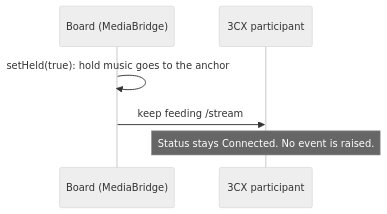
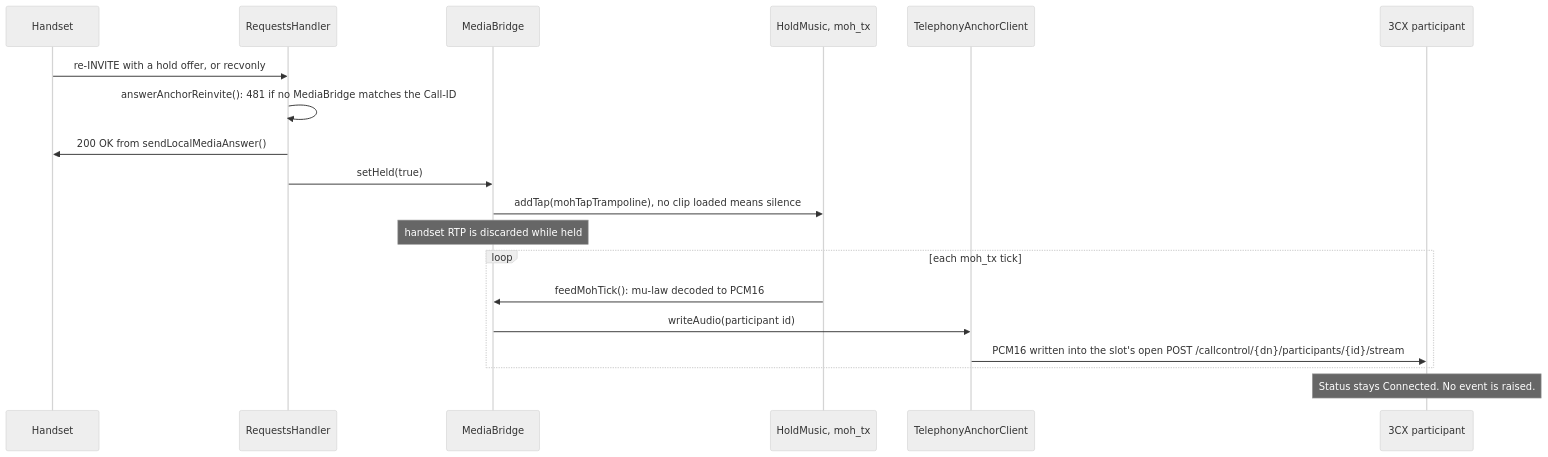
One commit to GlomarGadaffi/pocket-dial changed the sixth of 6 diagrams in docs/3cxAPI+Webhooks.md. Above: the diagram before and after it, drawn with Mermaid (neutral theme). The commit also changed other lines of this file and 29 other files, not shown here.

First line of the commit message:
docs: make the Mermaid diagrams exact against main (#1105)

````diff
--- a/docs/3cxAPI+Webhooks.md
+++ b/docs/3cxAPI+Webhooks.md
@@ -128,8 +277,21 @@
 ```mermaid
 sequenceDiagram
-    participant Board as Board (MediaBridge)
+    participant H as Handset
+    participant RH as RequestsHandler
+    participant MB as MediaBridge
+    participant MOH as HoldMusic, moh_tx
+    participant TA as TelephonyAnchorClient
     participant PBX as 3CX participant
-    Board->>Board: setHeld(true): hold music goes to the anchor
-    Board->>PBX: keep feeding /stream
+    H->>RH: re-INVITE with a hold offer, or recvonly
+    RH->>RH: answerAnchorReinvite(): 481 if no MediaBridge matches the Call-ID
+    RH->>H: 200 OK from sendLocalMediaAnswer()
+    RH->>MB: setHeld(true)
+    MB->>MOH: addTap(mohTapTrampoline), no clip loaded means silence
+    Note over MB: handset RTP is discarded while held
+    loop each moh_tx tick
+        MOH->>MB: feedMohTick(): mu-law decoded to PCM16
+        MB->>TA: writeAudio(participant id)
+        TA->>PBX: PCM16 written into the slot's open POST /callcontrol/{dn}/participants/{id}/stream
+    end
     Note over PBX: Status stays Connected. No event is raised.
 ```
````
